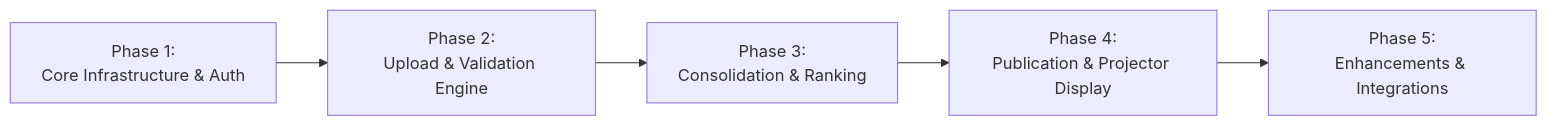
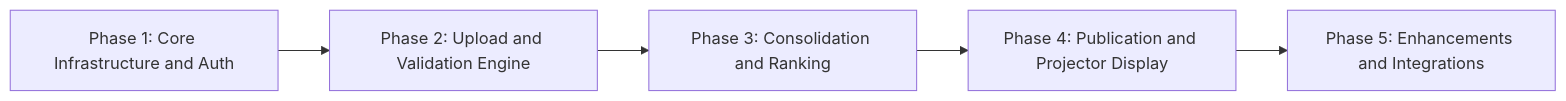
The diagram in docs/decisions-and-delivery.md (toxicbishop/CodeClash-LeaderBoard), drawn with Mermaid before and after one commit. The commit also changed 4 other files, not shown here.

Commit message:
fix: fix mermaid diagrams and add architecture diagram to README

````diff
--- a/docs/decisions-and-delivery.md
+++ b/docs/decisions-and-delivery.md
@@ -9,7 +9,7 @@
 ```mermaid
 flowchart LR
-    P1["Phase 1:<br/>Core Infrastructure & Auth"] --> P2["Phase 2:<br/>Upload & Validation Engine"]
-    P2 --> P3["Phase 3:<br/>Consolidation & Ranking"]
-    P3 --> P4["Phase 4:<br/>Publication & Projector Display"]
-    P4 --> P5["Phase 5:<br/>Enhancements & Integrations"]
+    P1["Phase 1: Core Infrastructure and Auth"] --> P2["Phase 2: Upload and Validation Engine"]
+    P2 --> P3["Phase 3: Consolidation and Ranking"]
+    P3 --> P4["Phase 4: Publication and Projector Display"]
+    P4 --> P5["Phase 5: Enhancements and Integrations"]
 ```
````
